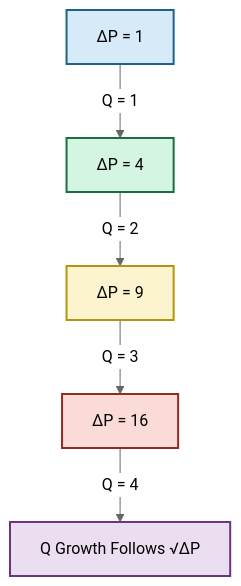
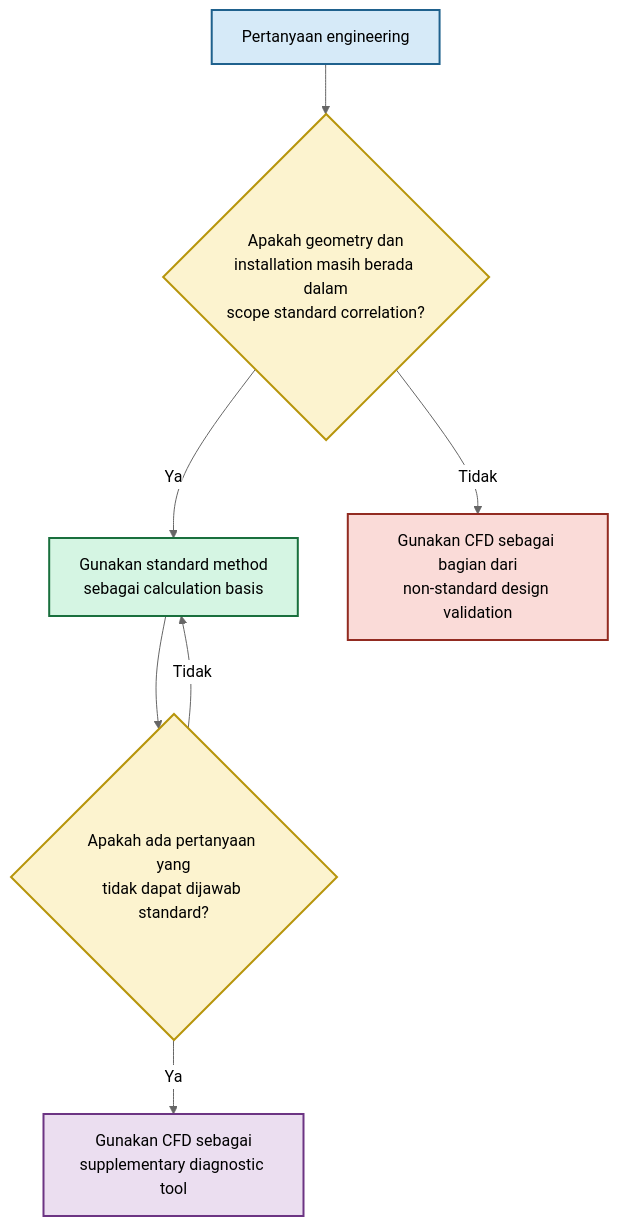
Diagram 14 of 18 in plugins/mx-core-docs/src/content/blog/maintenance/elins/orifice-plate.mdx (slametsampon/mx-core), drawn with Mermaid (neutral theme) before and after one commit. The commit also changed other lines of this file and 4 other files, not shown here.

````diff
--- a/plugins/mx-core-docs/src/content/blog/maintenance/elins/orifice-plate.mdx
+++ b/plugins/mx-core-docs/src/content/blog/maintenance/elins/orifice-plate.mdx
@@ -1632,19 +4793,21 @@
-```mermaid id="flow_vs_dp"
+```mermaid id="cfd_decision_gate"
 flowchart TD
+    A["Pertanyaan engineering"]:::start
+    B{"Apakah geometry dan<br/>installation masih berada dalam<br/>scope standard correlation?"}:::decision
+    C["Gunakan standard method<br/>sebagai calculation basis"]:::good
+    D{"Apakah ada pertanyaan yang<br/>tidak dapat dijawab standard?"}:::decision
+    E["Gunakan CFD sebagai<br/>supplementary diagnostic tool"]:::assist
+    F["Gunakan CFD sebagai bagian dari<br/>non-standard design validation"]:::warn
 
-A["ΔP = 1"]:::a
-B["ΔP = 4"]:::b
-C["ΔP = 9"]:::c
-D["ΔP = 16"]:::d
+    A --> B
+    B -->|"Ya"| C --> D
+    D -->|"Tidak"| C
+    D -->|"Ya"| E
+    B -->|"Tidak"| F
 
-A -->|"Q = 1"| B
-B -->|"Q = 2"| C
-C -->|"Q = 3"| D
-D -->|"Q = 4"| E["Q Growth Follows √ΔP"]:::e
-
-classDef a fill:#D6EAF8,color:#000,stroke:#1F618D,stroke-width:2px;
-classDef b fill:#D5F5E3,color:#000,stroke:#196F3D,stroke-width:2px;
-classDef c fill:#FCF3CF,color:#000,stroke:#B7950B,stroke-width:2px;
-classDef d fill:#FADBD8,color:#000,stroke:#922B21,stroke-width:2px;
-classDef e fill:#EBDEF0,color:#000,stroke:#6C3483,stroke-width:2px;
+    classDef start fill:#D6EAF8,stroke:#1F618D,color:#000,stroke-width:2px;
+    classDef decision fill:#FCF3CF,stroke:#B7950B,color:#000,stroke-width:2px;
+    classDef good fill:#D5F5E3,stroke:#196F3D,color:#000,stroke-width:2px;
+    classDef assist fill:#EBDEF0,stroke:#6C3483,color:#000,stroke-width:2px;
+    classDef warn fill:#FADBD8,stroke:#922B21,color:#000,stroke-width:2px;
 ```
````
